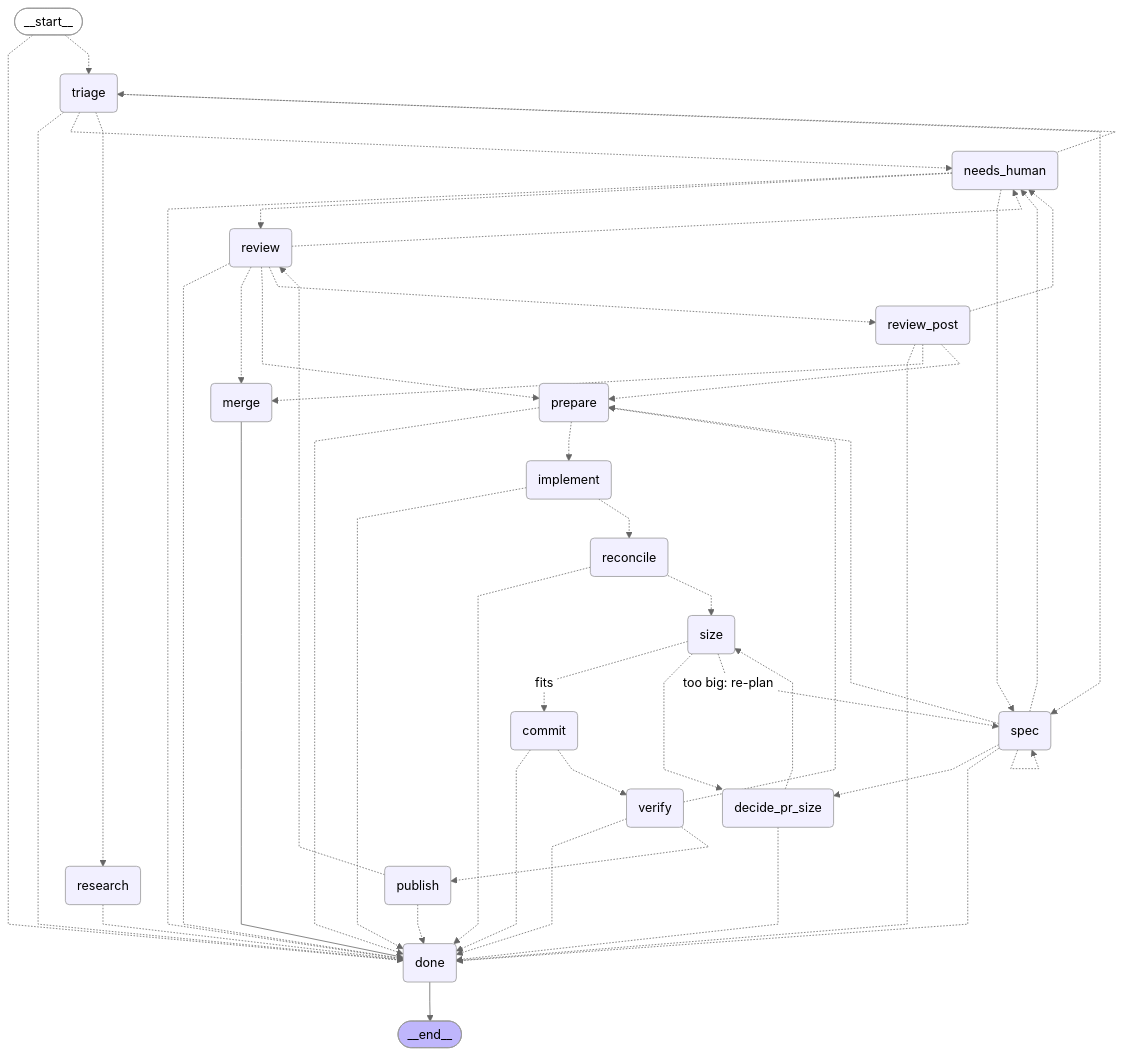
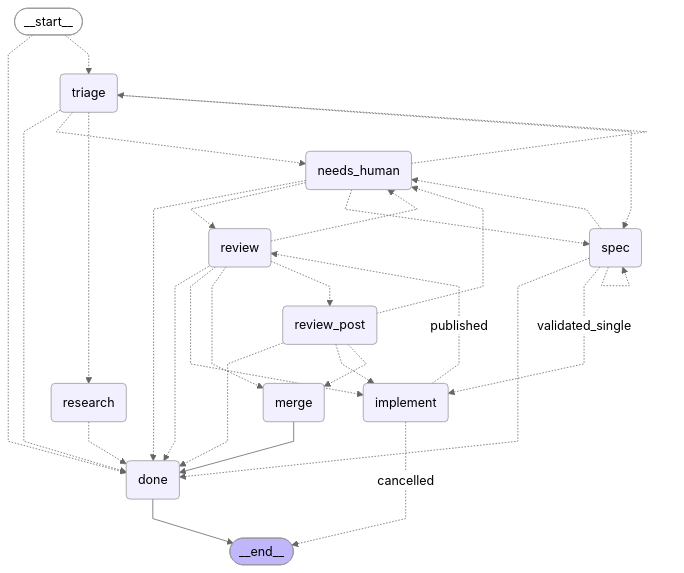
One commit to bookout-labs/tools changed the diagram in docs/graph/delivery.mmd. Above: the diagram before and after it, drawn with Mermaid (neutral theme). The commit also changed 45 other files, not shown here.

Commit message:
Publish the checked tree through prepare, edit, commit and publish (#235)

```diff
--- a/docs/graph/delivery.mmd
+++ b/docs/graph/delivery.mmd
@@ -1,72 +1,48 @@
 ---
 config:
   flowchart:
     curve: linear
 ---
 graph TD;
 	__start__([<p>__start__</p>]):::first
 	triage(triage)
 	research(research)
 	spec(spec)
 	implement(implement)
 	review(review)
-	verify(verify)
-	prepare(prepare)
-	reconcile(reconcile)
-	size(size)
-	commit(commit)
-	publish(publish)
 	review_post(review_post)
 	needs_human(needs_human)
-	decide_pr_size(decide_pr_size)
 	merge(merge)
 	done(done)
 	__end__([<p>__end__</p>]):::last
 	__start__ -.-> done;
 	__start__ -.-> triage;
-	commit -.-> done;
-	commit -.-> verify;
-	decide_pr_size -.-> done;
-	decide_pr_size -.-> size;
-	implement -.-> done;
-	implement -.-> reconcile;
+	implement -. &nbsp;cancelled&nbsp; .-> __end__;
+	implement -. &nbsp;published&nbsp; .-> review;
 	merge --> done;
 	needs_human -.-> done;
 	needs_human -.-> review;
 	needs_human -.-> spec;
 	needs_human -.-> triage;
-	prepare -.-> done;
-	prepare -.-> implement;
-	publish -.-> done;
-	publish -.-> review;
-	reconcile -.-> done;
-	reconcile -.-> size;
 	research -.-> done;
 	review -.-> done;
+	review -.-> implement;
 	review -.-> merge;
 	review -.-> needs_human;
-	review -.-> prepare;
 	review -.-> review_post;
 	review_post -.-> done;
+	review_post -.-> implement;
 	review_post -.-> merge;
 	review_post -.-> needs_human;
-	review_post -.-> prepare;
-	size -. &nbsp;fits&nbsp; .-> commit;
-	size -.-> decide_pr_size;
-	size -. &nbsp;too big: re-plan&nbsp; .-> spec;
-	spec -.-> decide_pr_size;
 	spec -.-> done;
+	spec -. &nbsp;validated_single&nbsp; .-> implement;
 	spec -.-> needs_human;
-	spec -.-> prepare;
 	triage -.-> done;
 	triage -.-> needs_human;
 	triage -.-> research;
 	triage -.-> spec;
-	verify -.-> done;
-	verify -.-> prepare;
-	verify -.-> publish;
 	done --> __end__;
 	spec -.-> spec;
 	classDef default fill:#f2f0ff,line-height:1.2
 	classDef first fill-opacity:0
 	classDef last fill:#bfb6fc
```
